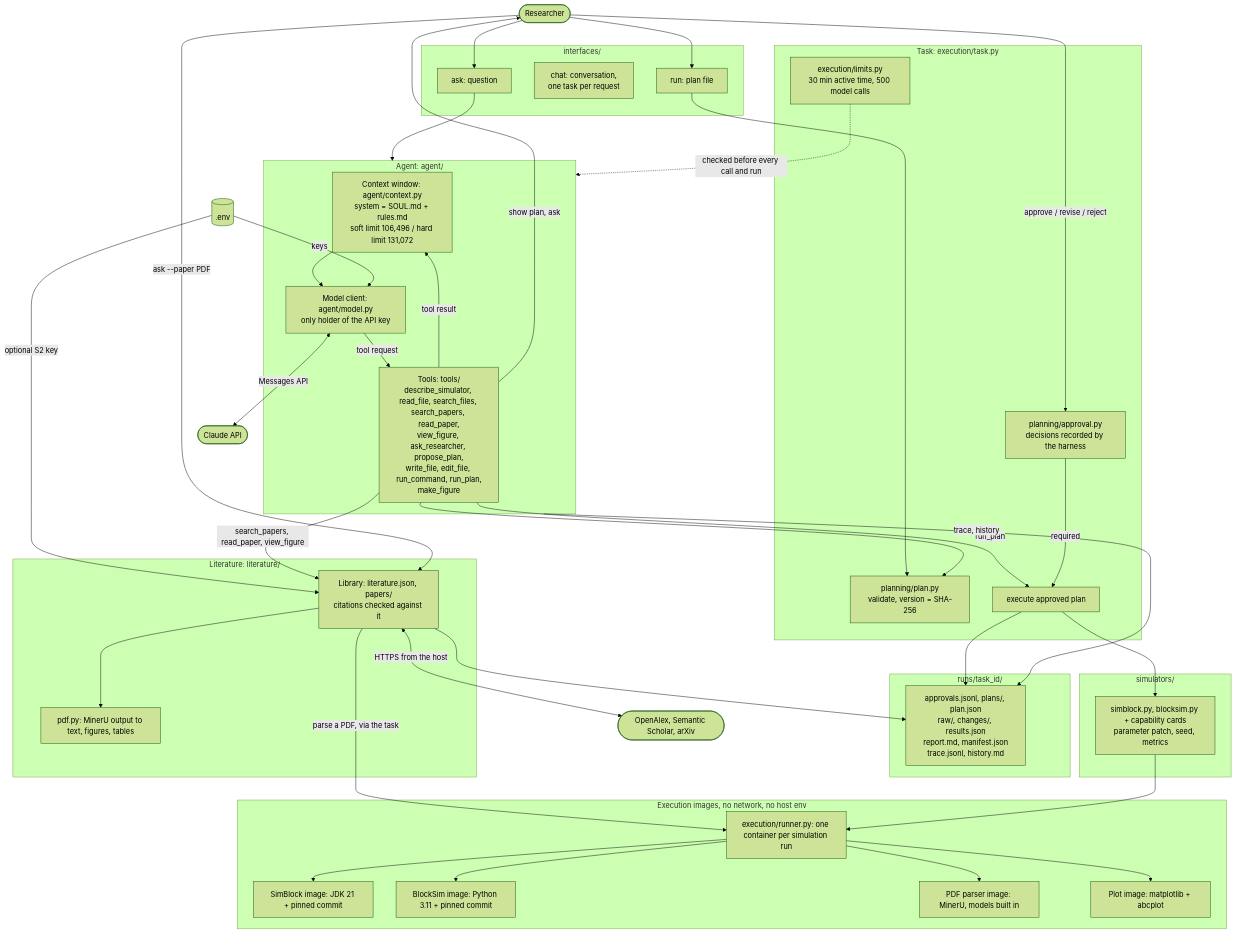
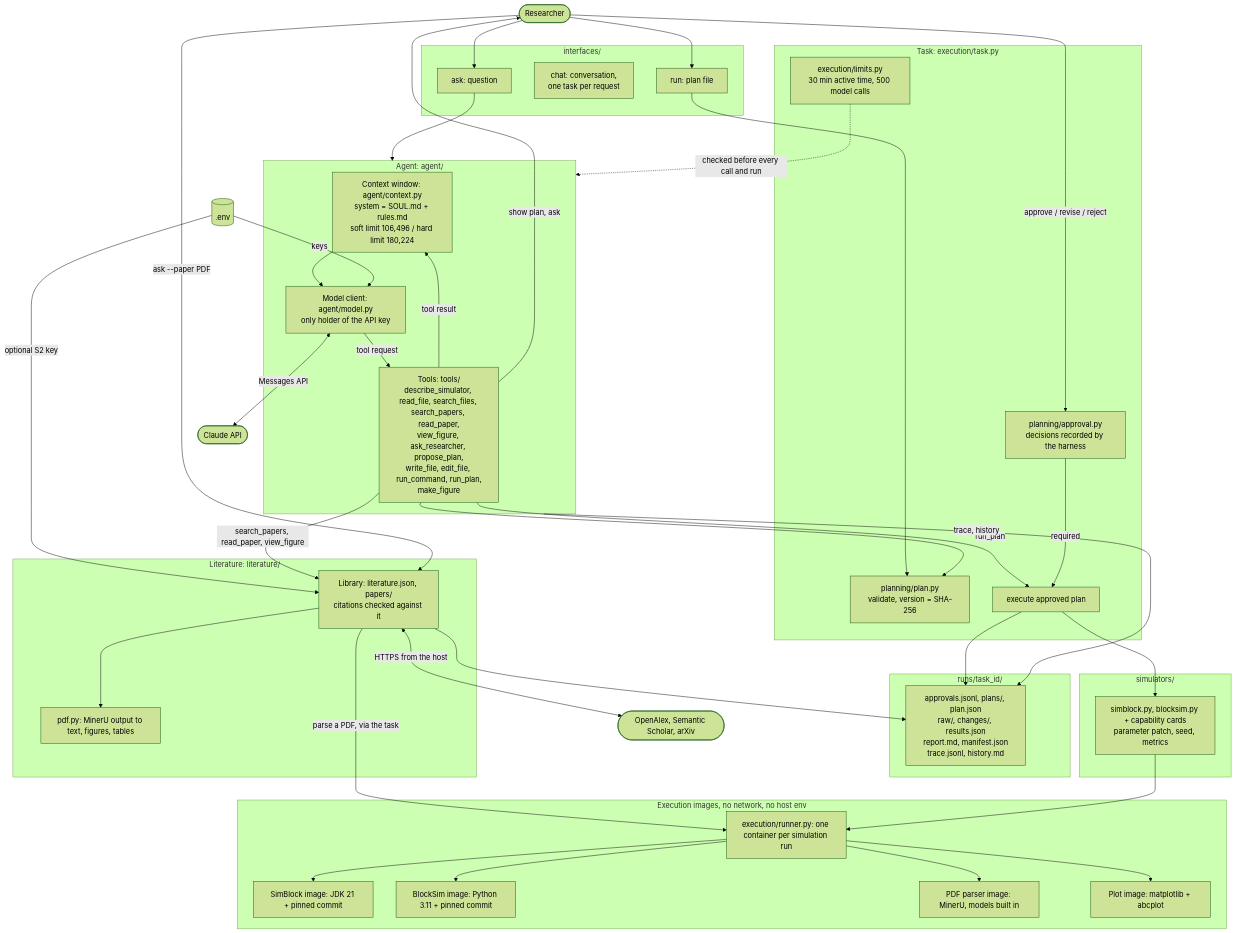
One commit to teiyou416/abc-harness changed the diagram in docs/architecture.md. Above: the diagram before and after it, drawn with Mermaid (forest theme). The commit also changed other lines of this file and 6 other files, not shown here.

First line of the commit message:
Raise the output cap to 65,536 tokens and the hard limit to 180,224

````diff
--- a/docs/architecture.md
+++ b/docs/architecture.md
@@ -8,70 +8,70 @@
 ```mermaid
 flowchart TB
     R(["Researcher"])
 
     subgraph CLI["interfaces/"]
         ASK["ask: question"]
         CHAT["chat: conversation,<br/>one task per request"]
         RUN["run: plan file"]
     end
 
     subgraph LOOP["Agent: agent/"]
-        CTX["Context window: agent/context.py<br/>system = SOUL.md + rules.md<br/>soft limit 106,496 / hard limit 131,072"]
+        CTX["Context window: agent/context.py<br/>system = SOUL.md + rules.md<br/>soft limit 106,496 / hard limit 180,224"]
         LLM["Model client: agent/model.py<br/>only holder of the API key"]
         TOOLS["Tools: tools/<br/>describe_simulator, read_file, search_files, search_papers, read_paper,<br/>view_figure, ask_researcher, propose_plan,<br/>write_file, edit_file, run_command, run_plan,<br/>make_figure"]
         CTX --> LLM -->|tool request| TOOLS -->|tool result| CTX
     end
 
     subgraph TASK["Task: execution/task.py"]
         PLAN["planning/plan.py<br/>validate, version = SHA-256"]
         APPROVAL["planning/approval.py<br/>decisions recorded by the harness"]
         LIMITS["execution/limits.py<br/>30 min active time, 500 model calls"]
         EXEC["execute approved plan"]
     end
 
     subgraph SIM["simulators/"]
         ADAPTER["simblock.py, blocksim.py + capability cards<br/>parameter patch, seed, metrics"]
     end
 
     subgraph DOCKER["Execution images, no network, no host env"]
         RUNNER["execution/runner.py: one container per simulation run"]
         SIMBLOCK["SimBlock image: JDK 21 + pinned commit"]
         BLOCKSIM["BlockSim image: Python 3.11 + pinned commit"]
         PDFIMG["PDF parser image: MinerU, models built in"]
         PLOTIMG["Plot image: matplotlib + abcplot"]
         RUNNER --> SIMBLOCK
         RUNNER --> BLOCKSIM
         RUNNER --> PDFIMG
         RUNNER --> PLOTIMG
     end
 
     subgraph ART["runs/task_id/"]
         FILES["approvals.jsonl, plans/, plan.json<br/>raw/, changes/, results.json<br/>report.md, manifest.json<br/>trace.jsonl, history.md"]
     end
 
     subgraph LIT["Literature: literature/"]
         LIB["Library: literature.json, papers/<br/>citations checked against it"]
         PDF["pdf.py: MinerU output to text, figures, tables"]
         LIB --> PDF
     end
 
     ENV[(".env")] -->|keys| LLM
     ENV -->|optional S2 key| LIB
     TOOLS -->|search_papers, read_paper, view_figure| LIB
     LIB <-->|HTTPS from the host| ACADEMIC(["OpenAlex, Semantic Scholar, arXiv"])
     R -->|ask --paper PDF| LIB
     LIB -->|parse a PDF, via the task| RUNNER
     LIB --> FILES
     LLM <-->|Messages API| CLAUDE(["Claude API"])
     R --> ASK --> LOOP
     R --> RUN --> PLAN
     TOOLS --> PLAN
     TOOLS -->|show plan, ask| R
     R -->|approve / revise / reject| APPROVAL
     TOOLS -->|run_plan| EXEC
     APPROVAL -->|required| EXEC
     LIMITS -.->|checked before every call and run| LOOP
     EXEC --> ADAPTER --> RUNNER
     EXEC --> FILES
     LOOP -->|trace, history| FILES
 ```
````
